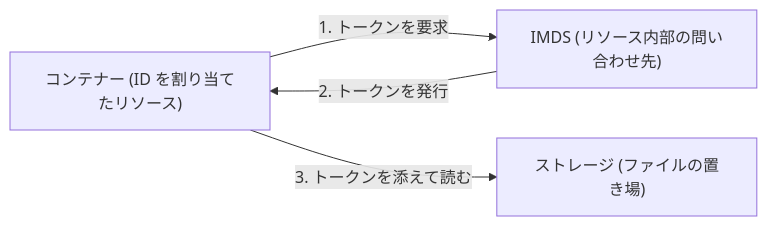
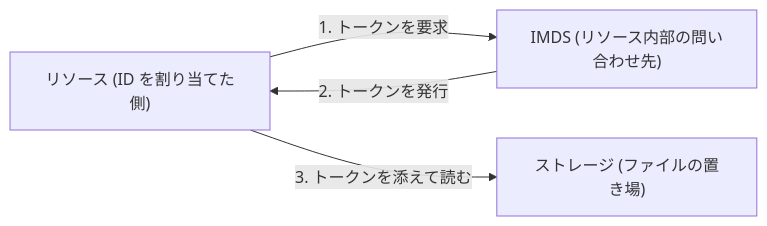
One commit to engineers-hub-ltd-in-house-project/azure-practice changed the second of 2 diagrams in manuscript/part2/07-managed-identity.md. Above: the diagram before and after it, drawn with Mermaid. The commit also changed other lines of this file and 1 other file, not shown here.

````diff
--- a/manuscript/part2/07-managed-identity.md
+++ b/manuscript/part2/07-managed-identity.md
@@ -41,6 +43,6 @@
 ```mermaid
 flowchart LR
-  C["コンテナー (ID を割り当てたリソース)"] -->|"1. トークンを要求"| M["IMDS (リソース内部の問い合わせ先)"]
+  C["リソース (ID を割り当てた側)"] -->|"1. トークンを要求"| M["IMDS (リソース内部の問い合わせ先)"]
   M -->|"2. トークンを発行"| C
   C -->|"3. トークンを添えて読む"| S["ストレージ (ファイルの置き場)"]
 ```
````
